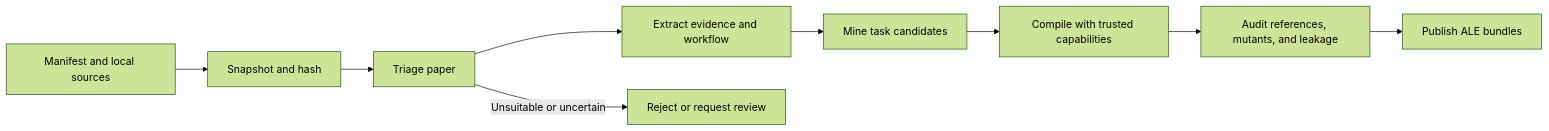
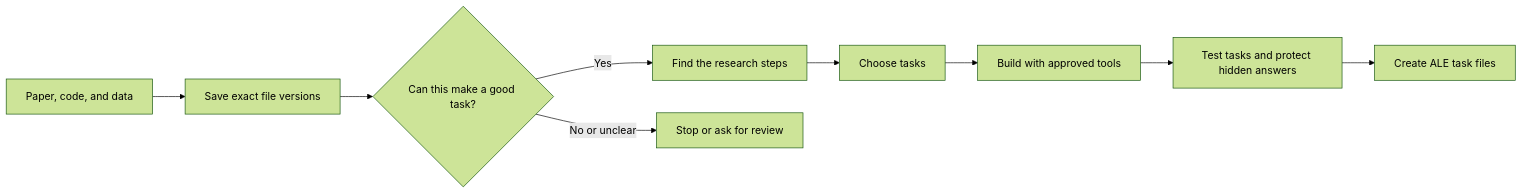
One commit to jingxuxie/ALE_scalable_pipeline changed the diagram in README.md. Above: the diagram before and after it, drawn with Mermaid (forest theme). The commit also changed other lines of this file, not shown here.

Commit message:
Simplify pipeline diagram wording

````diff
--- a/README.md
+++ b/README.md
@@ -14,11 +14,11 @@
 ```mermaid
 flowchart LR
-    M["Manifest and local sources"] --> S["Snapshot and hash"]
-    S --> T["Triage paper"]
-    T --> E["Extract evidence and workflow"]
-    E --> C["Mine task candidates"]
-    C --> G["Compile with trusted capabilities"]
-    G --> V["Audit references, mutants, and leakage"]
-    V --> P["Publish ALE bundles"]
-    T -->|Unsuitable or uncertain| R["Reject or request review"]
+    M["Paper, code, and data"] --> S["Save exact file versions"]
+    S --> T{"Can this make a good task?"}
+    T -->|Yes| E["Find the research steps"]
+    E --> C["Choose tasks"]
+    C --> G["Build with approved tools"]
+    G --> V["Test tasks and protect hidden answers"]
+    V --> P["Create ALE task files"]
+    T -->|No or unclear| R["Stop or ask for review"]
 ```
````
